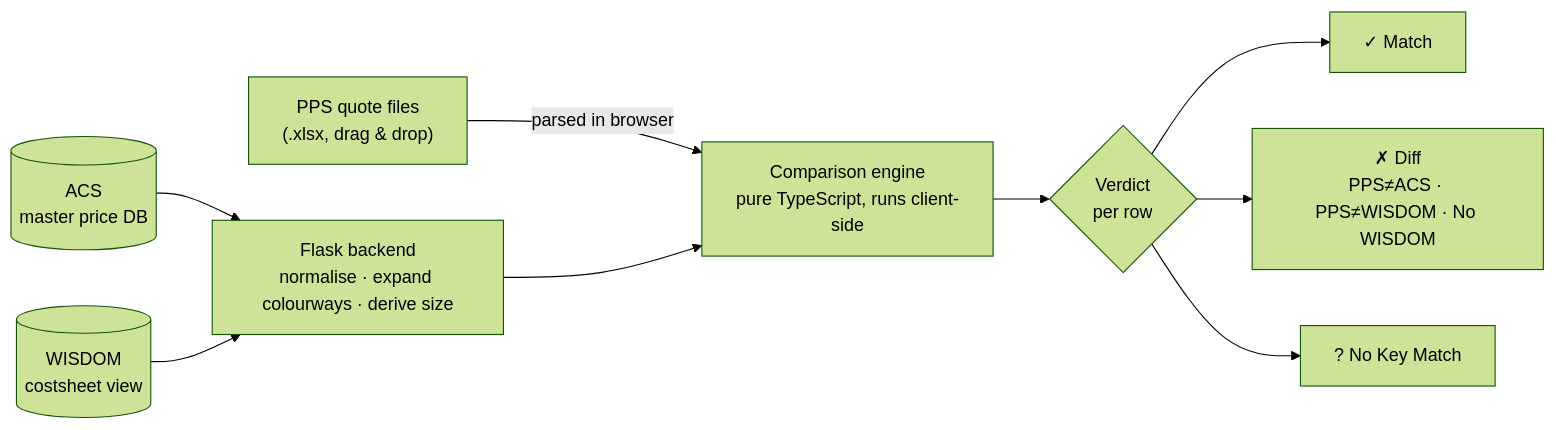
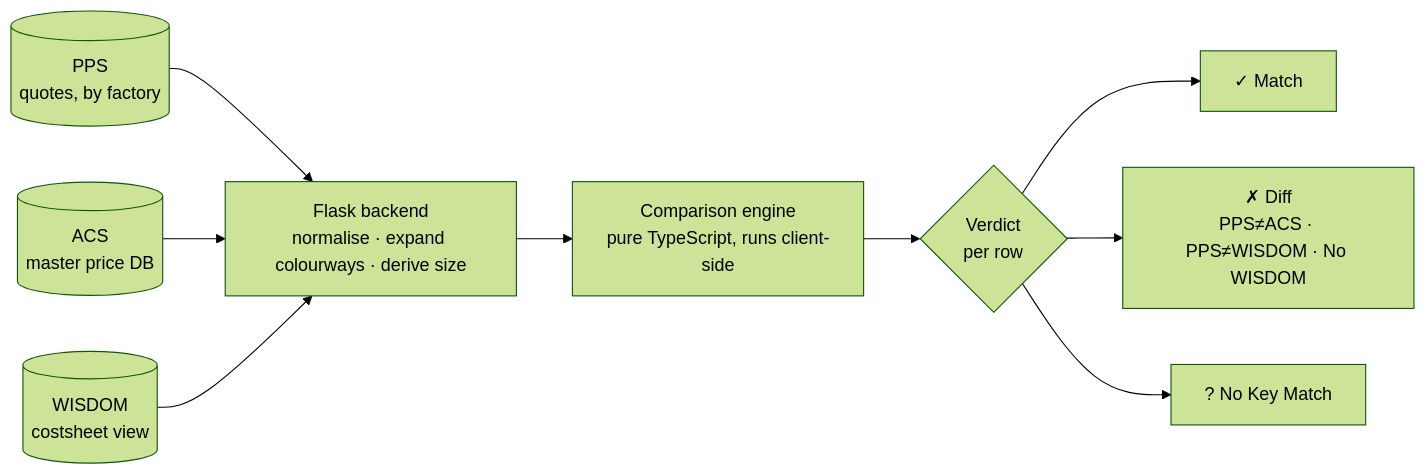
Before and after one commit to RkariNaJA/Web-Compare-Price-PPS-ACS-WISDOM: the diagram in README.md, drawn with Mermaid (forest theme). The commit also changed other lines of this file and 1 other file, not shown here.

First line of the commit message:
docs: PPS comes from dbo.PPS by factory, not file upload

````diff
--- a/README.md
+++ b/README.md
@@ -52,11 +53,11 @@
 ```mermaid
 flowchart LR
-    PPS["PPS quote files<br/>(.xlsx, drag & drop)"] -->|parsed in browser| CMP
+    PPS[("PPS<br/>quotes, by factory")] --> API
     ACS[("ACS<br/>master price DB")] --> API
     CS[("WISDOM<br/>costsheet view")] --> API
     API["Flask backend<br/>normalise · expand colourways · derive size"] --> CMP
     CMP["Comparison engine<br/>pure TypeScript, runs client-side"] --> V{"Verdict<br/>per row"}
     V --> M["✓ Match"]
     V --> D["✗ Diff<br/>PPS≠ACS · PPS≠WISDOM · No WISDOM"]
     V --> N["? No Key Match"]
 ```
````
